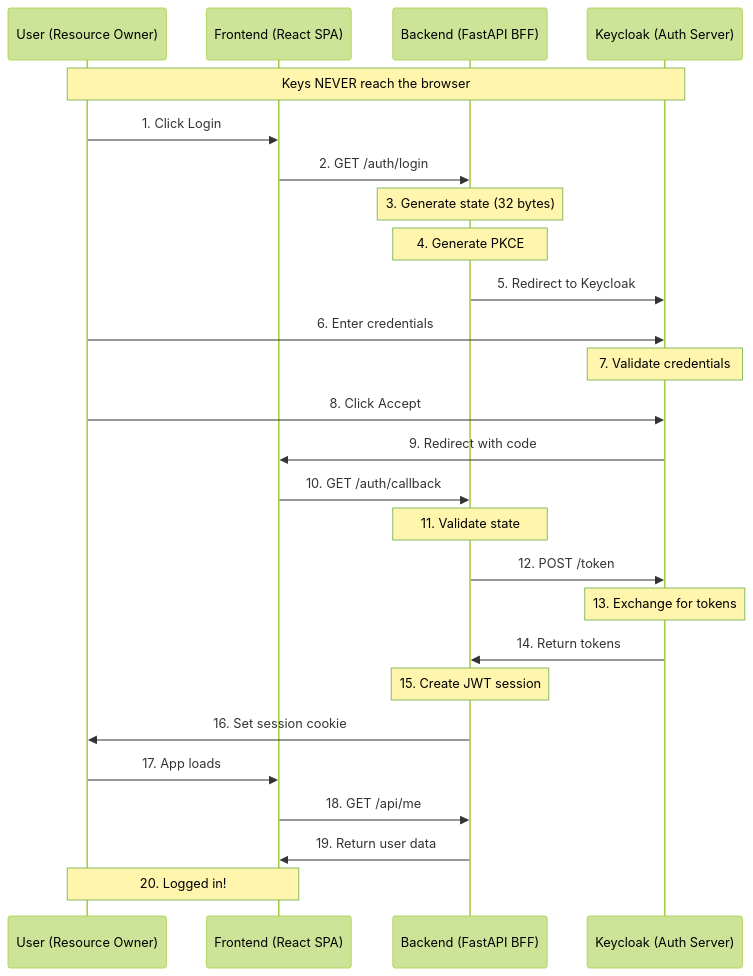
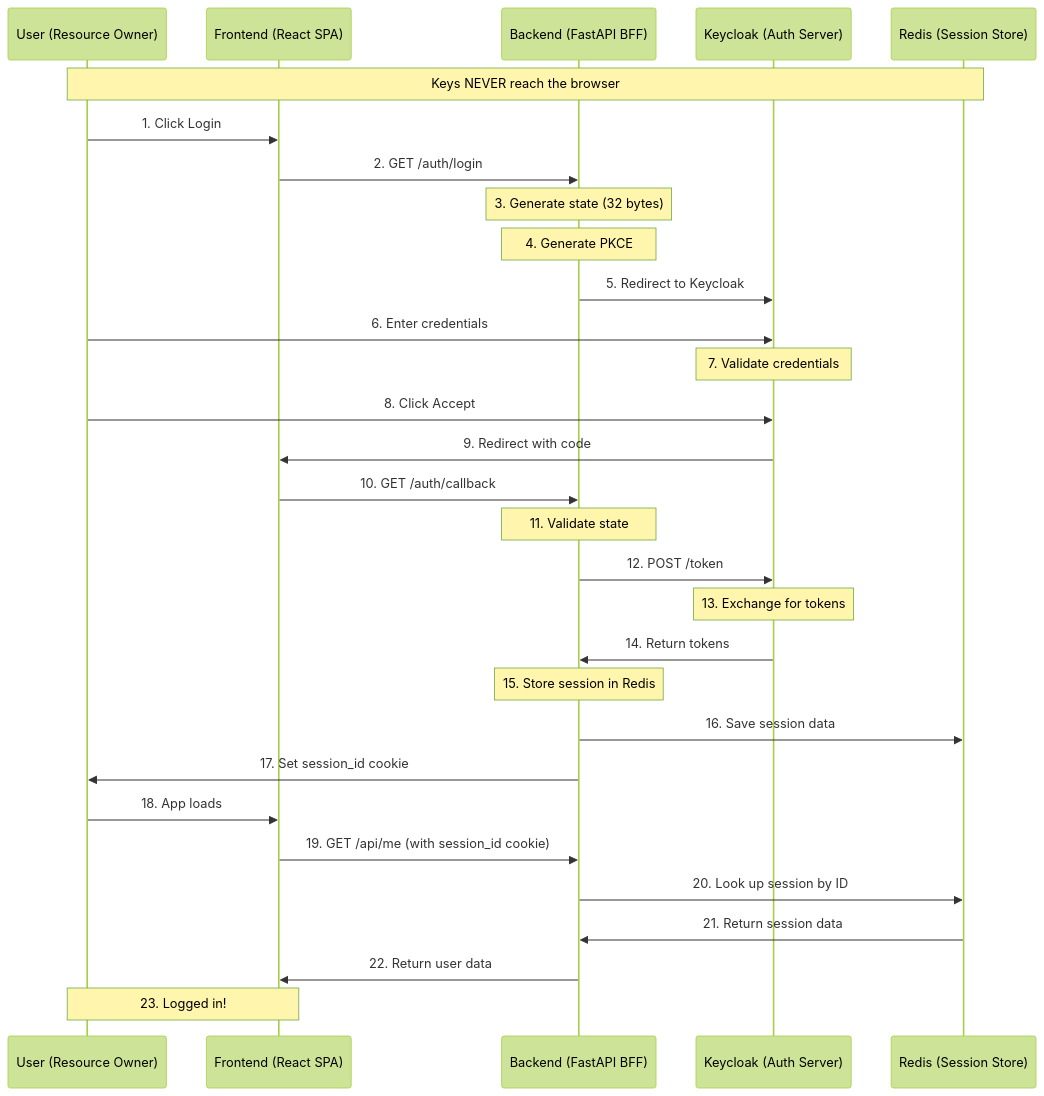
The first of 4 diagrams in docs/auth-flow.md (manishk-variyas/oauth2.0POC), drawn with Mermaid (forest theme) before and after one commit. The commit also changed other lines of this file and 7 other files, not shown here.

Commit message:
added redis based session management

````diff
--- a/docs/auth-flow.md
+++ b/docs/auth-flow.md
@@ -91,37 +81,41 @@
 ```mermaid
 sequenceDiagram
     participant User as User (Resource Owner)
     participant Frontend as Frontend (React SPA)
     participant Backend as Backend (FastAPI BFF)
     participant Keycloak as Keycloak (Auth Server)
+    participant Redis as Redis (Session Store)
 
-    Note over User,Keycloak: Keys NEVER reach the browser
+    Note over User,Redis: Keys NEVER reach the browser
 
     %% Phase 1: Login starts
     User->>Frontend: 1. Click Login
     Frontend->>Backend: 2. GET /auth/login
     Note over Backend: 3. Generate state (32 bytes)
     Note over Backend: 4. Generate PKCE
     Backend->>Keycloak: 5. Redirect to Keycloak
 
     %% Phase 2: User authenticates
     User->>Keycloak: 6. Enter credentials
     Note over Keycloak: 7. Validate credentials
     User->>Keycloak: 8. Click Accept
     Keycloak->>Frontend: 9. Redirect with code
 
     %% Phase 3: Token exchange
     Frontend->>Backend: 10. GET /auth/callback
     Note over Backend: 11. Validate state
     Backend->>Keycloak: 12. POST /token
     Note over Keycloak: 13. Exchange for tokens
     Keycloak->>Backend: 14. Return tokens
-    Note over Backend: 15. Create JWT session
-    Backend->>User: 16. Set session cookie
+    Note over Backend: 15. Store session in Redis
+    Backend->>Redis: 16. Save session data
+    Backend->>User: 17. Set session_id cookie
 
     %% Phase 4: Session active
-    User->>Frontend: 17. App loads
-    Frontend->>Backend: 18. GET /api/me
-    Backend->>Frontend: 19. Return user data
-    Note over User,Frontend: 20. Logged in!
+    User->>Frontend: 18. App loads
+    Frontend->>Backend: 19. GET /api/me (with session_id cookie)
+    Backend->>Redis: 20. Look up session by ID
+    Redis->>Backend: 21. Return session data
+    Backend->>Frontend: 22. Return user data
+    Note over User,Frontend: 23. Logged in!
 ```
````
